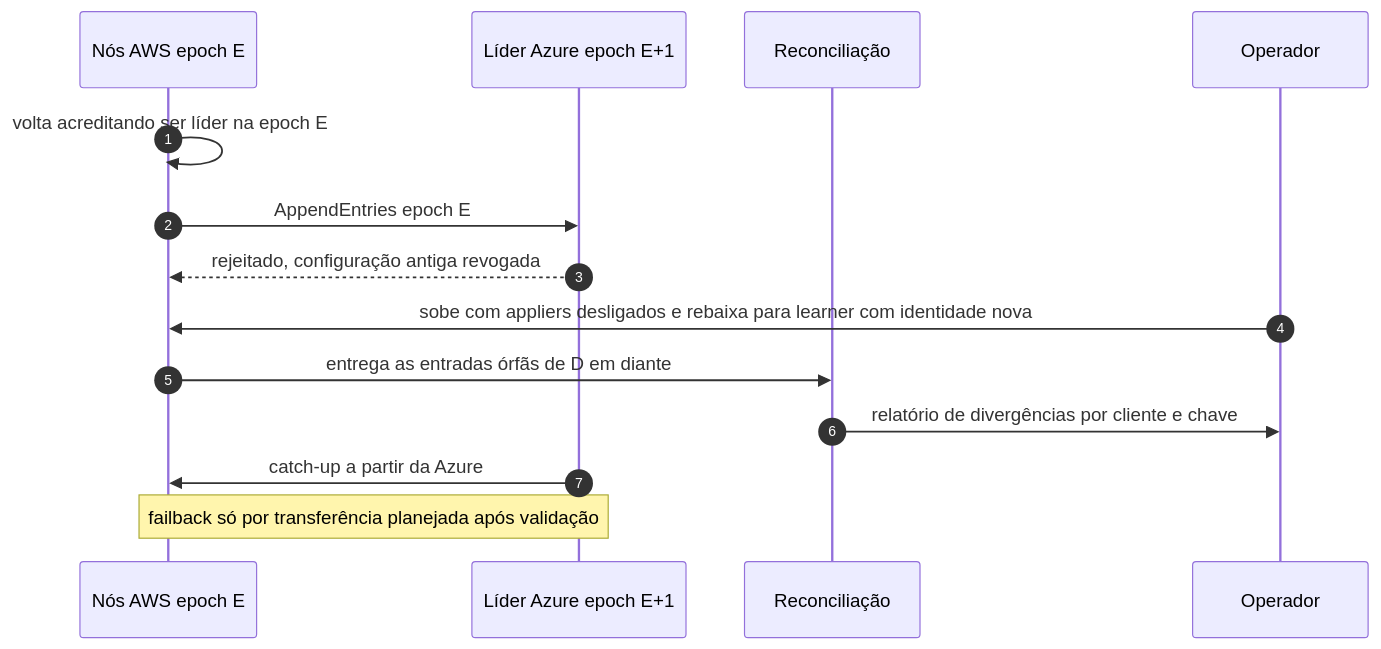
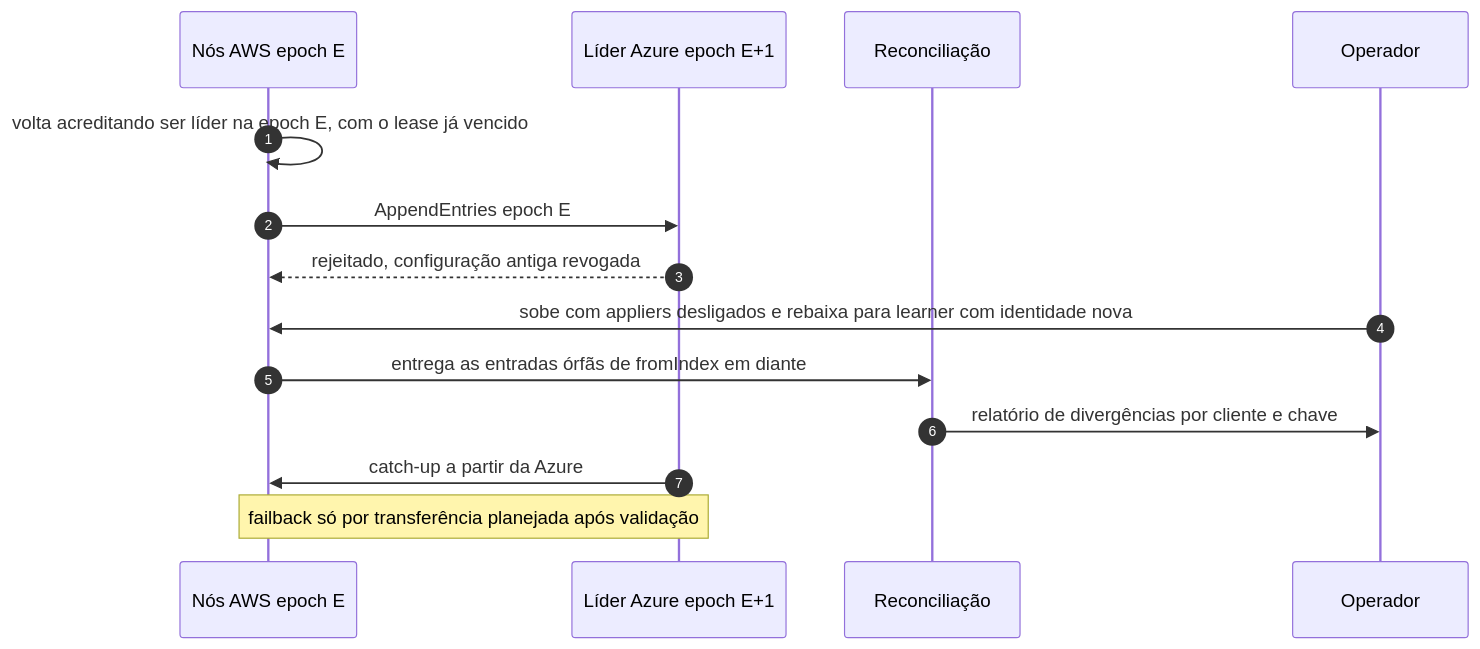
One commit to brbarmex/k changed the diagram in 02_cenarios/atualizados/C16-aws-volta-apos-promocao.md. Above: the diagram before and after it, drawn with Mermaid. The commit also changed other lines of this file and 139 other files, not shown here.

````diff
--- a/02_cenarios/atualizados/C16-aws-volta-apos-promocao.md
+++ b/02_cenarios/atualizados/C16-aws-volta-apos-promocao.md
@@ -11,16 +11,16 @@
 ```mermaid
 sequenceDiagram
     autonumber
     participant AWS as Nós AWS epoch E
     participant AZ as Líder Azure epoch E+1
     participant REC as Reconciliação
     participant OP as Operador
-    AWS->>AWS: volta acreditando ser líder na epoch E
+    AWS->>AWS: volta acreditando ser líder na epoch E, com o lease já vencido
     AWS->>AZ: AppendEntries epoch E
     AZ-->>AWS: rejeitado, configuração antiga revogada
     OP->>AWS: sobe com appliers desligados e rebaixa para learner com identidade nova
-    AWS->>REC: entrega as entradas órfãs de D em diante
+    AWS->>REC: entrega as entradas órfãs de fromIndex em diante
     REC->>OP: relatório de divergências por cliente e chave
     AZ->>AWS: catch-up a partir da Azure
     Note over AWS,AZ: failback só por transferência planejada após validação
 ```
````
